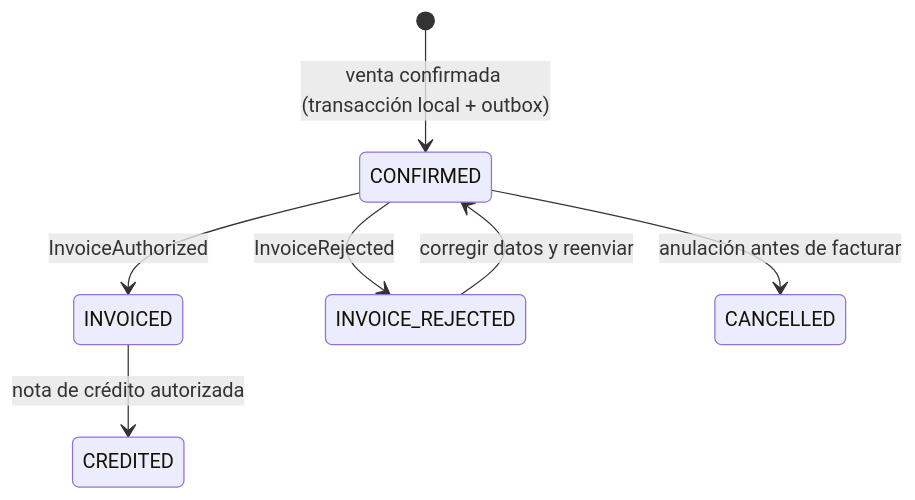
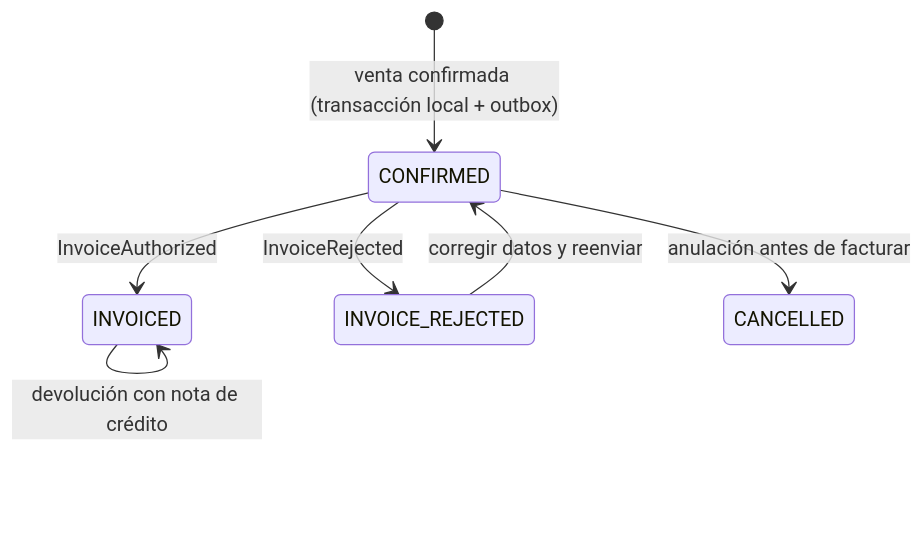
Before and after one commit to faclab-ec/faclab-api: the second of 2 diagrams in docs/architecture/TARGET_ARCHITECTURE.md, drawn with Mermaid. The commit also changed other lines of this file and 59 other files, not shown here.

````diff
--- a/docs/architecture/TARGET_ARCHITECTURE.md
+++ b/docs/architecture/TARGET_ARCHITECTURE.md
@@ -243,9 +243,9 @@
 ```mermaid
 stateDiagram-v2
     [*] --> CONFIRMED: venta confirmada (transacción local + outbox)
     CONFIRMED --> INVOICED: InvoiceAuthorized
     CONFIRMED --> INVOICE_REJECTED: InvoiceRejected
     INVOICE_REJECTED --> CONFIRMED: corregir datos y reenviar
     CONFIRMED --> CANCELLED: anulación antes de facturar
-    INVOICED --> CREDITED: nota de crédito autorizada
+    INVOICED --> INVOICED: devolución con nota de crédito
 ```
````
